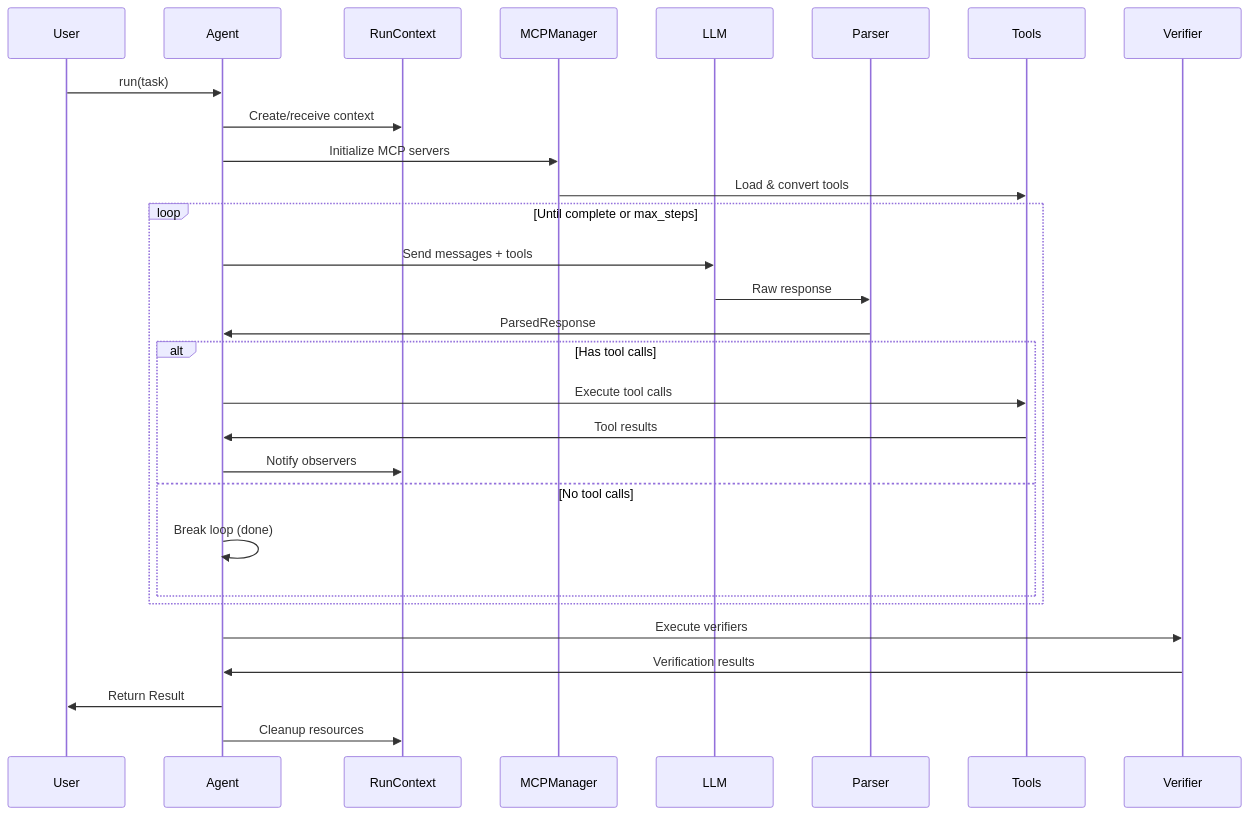
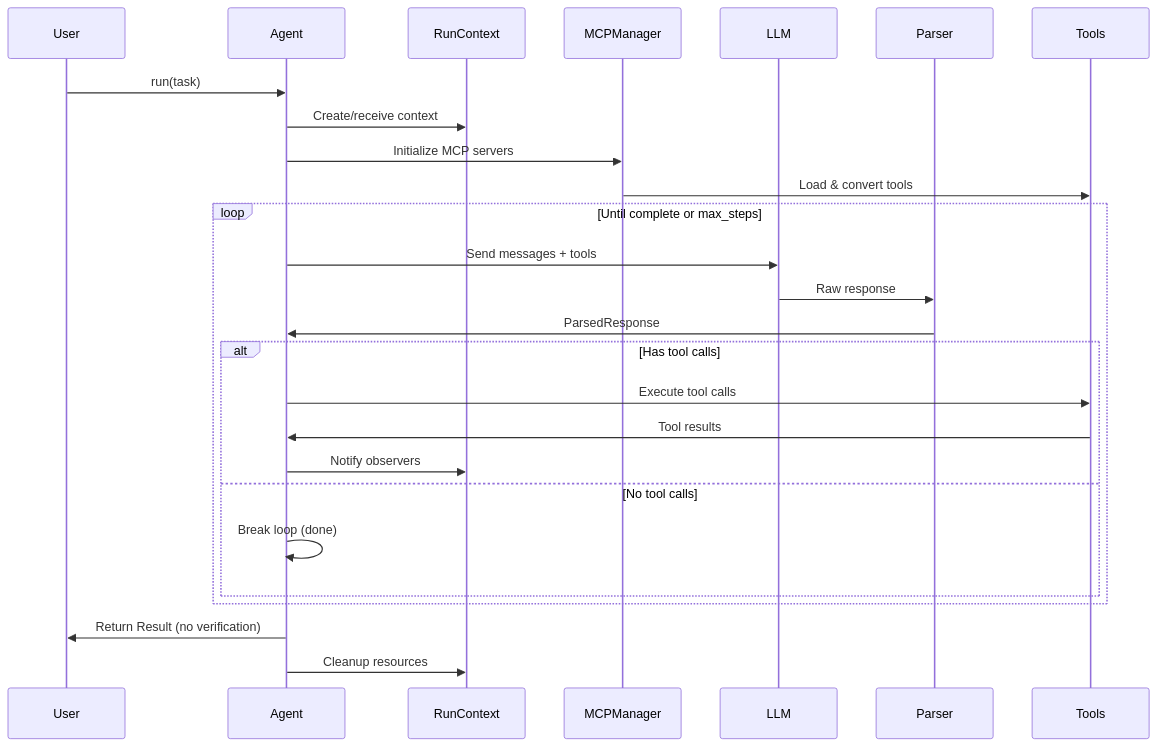
The second of 3 diagrams in packages/mcp_benchmark_sdk/ARCHITECTURE.md (priyamturing/agent_harness), drawn with Mermaid before and after one commit. The commit also changed other lines of this file and 10 other files, not shown here.

First line of the commit message:
feat: Introduce verifier orchestration and enhance task execution flow

````diff
--- a/packages/mcp_benchmark_sdk/ARCHITECTURE.md
+++ b/packages/mcp_benchmark_sdk/ARCHITECTURE.md
@@ -259,35 +271,32 @@
 ```mermaid
 sequenceDiagram
     participant User
     participant Agent
     participant RunContext
     participant MCPManager
     participant LLM
     participant Parser
     participant Tools
-    participant Verifier
 
     User->>Agent: run(task)
     Agent->>RunContext: Create/receive context
     Agent->>MCPManager: Initialize MCP servers
     MCPManager->>Tools: Load & convert tools
     
     loop Until complete or max_steps
         Agent->>LLM: Send messages + tools
         LLM->>Parser: Raw response
         Parser->>Agent: ParsedResponse
         
         alt Has tool calls
             Agent->>Tools: Execute tool calls
             Tools->>Agent: Tool results
             Agent->>RunContext: Notify observers
         else No tool calls
             Agent->>Agent: Break loop (done)
         end
     end
     
-    Agent->>Verifier: Execute verifiers
-    Verifier->>Agent: Verification results
-    Agent->>User: Return Result
+    Agent->>User: Return Result (no verification)
     Agent->>RunContext: Cleanup resources
 ```
````
